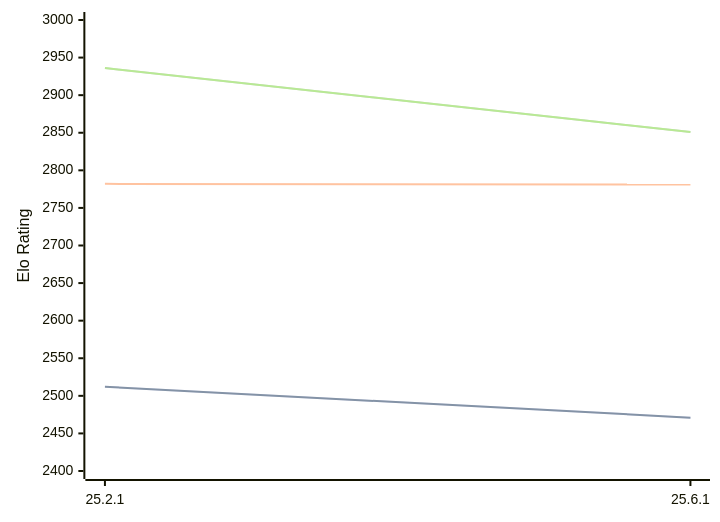
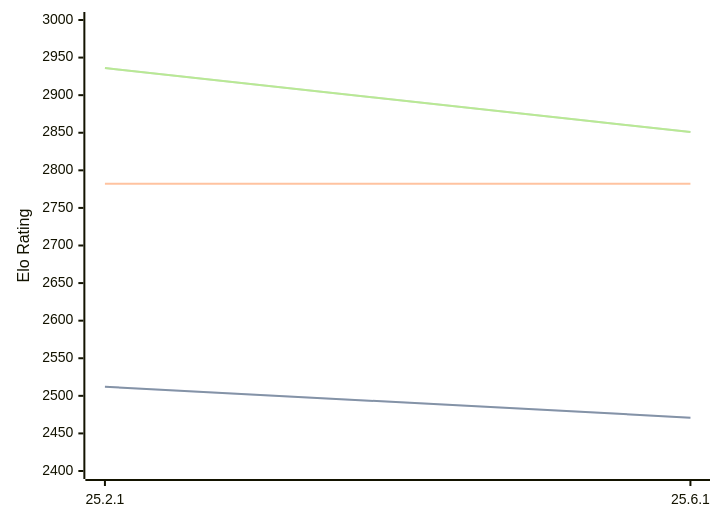
Before and after one commit to computer-chess-index/cci: the diagram in engines/Crafty.md, drawn with Mermaid. The commit also changed other lines of this file, not shown here.

````diff
--- a/engines/Crafty.md
+++ b/engines/Crafty.md
@@ -32,11 +32,11 @@
 ```mermaid
 %%{init: {"theme":"base","themeVariables":{"seriesColors:['#a3a3a3','#222221','#faa371']}}}%%
 xychart-beta
   x-axis ["25.2.1", "25.6.1"]
   y-axis "Elo Rating" 2400 --> 3000
   line "" [2512, 2471]
   line "STC (8.0+0.08s)" [2512, 2471]
-  line "LTC (60.0+0.60s)" [2782, 2781]
+  line "LTC (60.0+0.60s)" [2782, 2782]
   line "" [2936, 2851]
   line "VLTC (2m24s+1.12s)" [2936, 2851]
 ```
````
